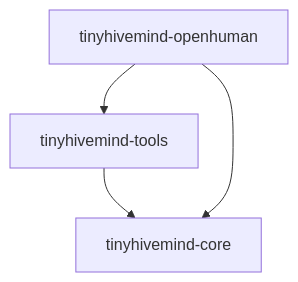
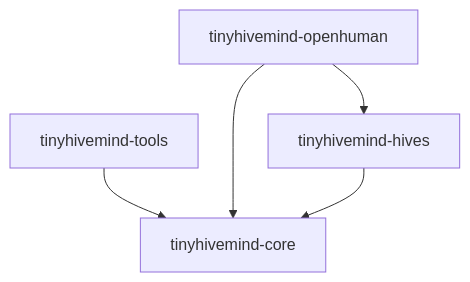
One commit to Chronillogical-Potato/tinyhivemind changed the diagram in docs/crate-dependencies.md. Above: the diagram before and after it, drawn with Mermaid. The commit also changed other lines of this file and 14 other files, not shown here.

````diff
--- a/docs/crate-dependencies.md
+++ b/docs/crate-dependencies.md
@@ -6,6 +6,7 @@
 ```mermaid
 flowchart TD
     tools["tinyhivemind-tools"] --> core["tinyhivemind-core"]
     openhuman["tinyhivemind-openhuman"] --> core
-    openhuman --> tools
+    openhuman --> hives["tinyhivemind-hives"]
+    hives --> core
 ```
````
